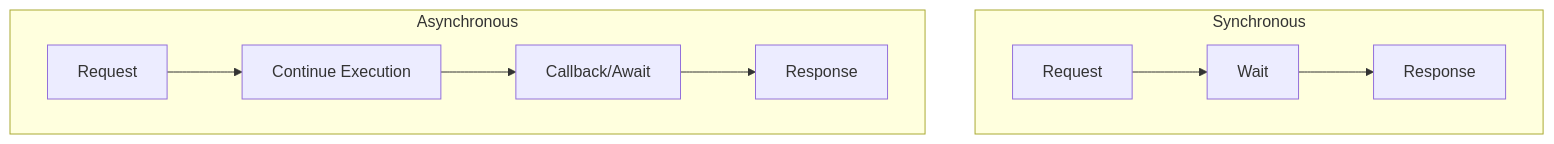
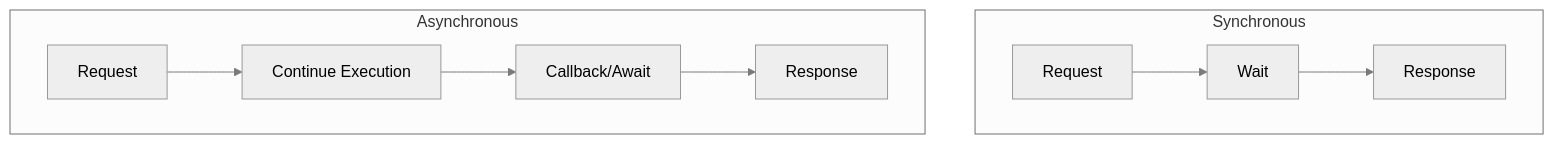
The fourth of 4 diagrams in docs/core-concepts.md (aurelio-labs/aurelio-sdk), drawn with Mermaid before and after one commit. The commit also changed other lines of this file and 4 other files, not shown here.

Commit message:
fix: dark mode charts

````diff
--- a/docs/core-concepts.md
+++ b/docs/core-concepts.md
@@ -109,13 +112,14 @@
 ```mermaid
+%%{init: {'theme':'neutral', 'themeVariables': {'darkMode': true, 'primaryColor': '#4182c3', 'primaryTextColor': '#fff', 'primaryBorderColor': '#7a7a7a', 'lineColor': '#7a7a7a', 'secondaryColor': '#f5f5f5', 'tertiaryColor': '#333'}}}%%
 flowchart TB
     subgraph Synchronous
     A[Request] --> B[Wait]
     B --> C[Response]
     end
     
     subgraph Asynchronous
     D[Request] --> E[Continue Execution]
     E --> F[Callback/Await]
     F --> G[Response]
     end
 ```
````
